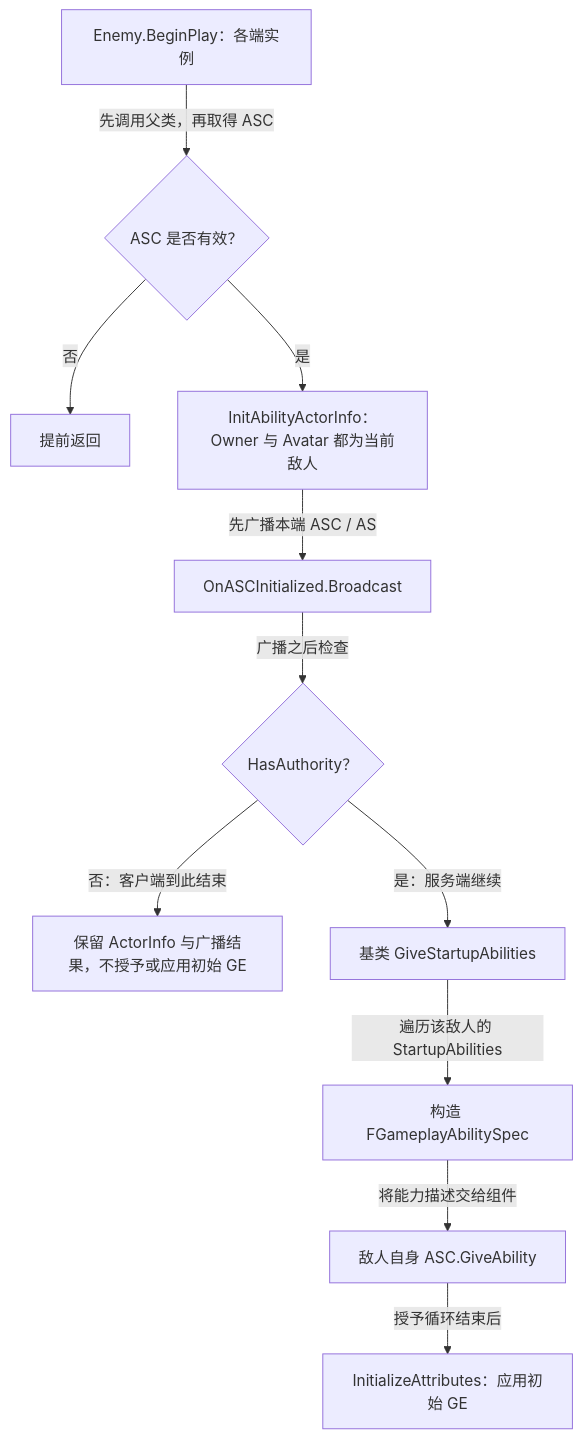
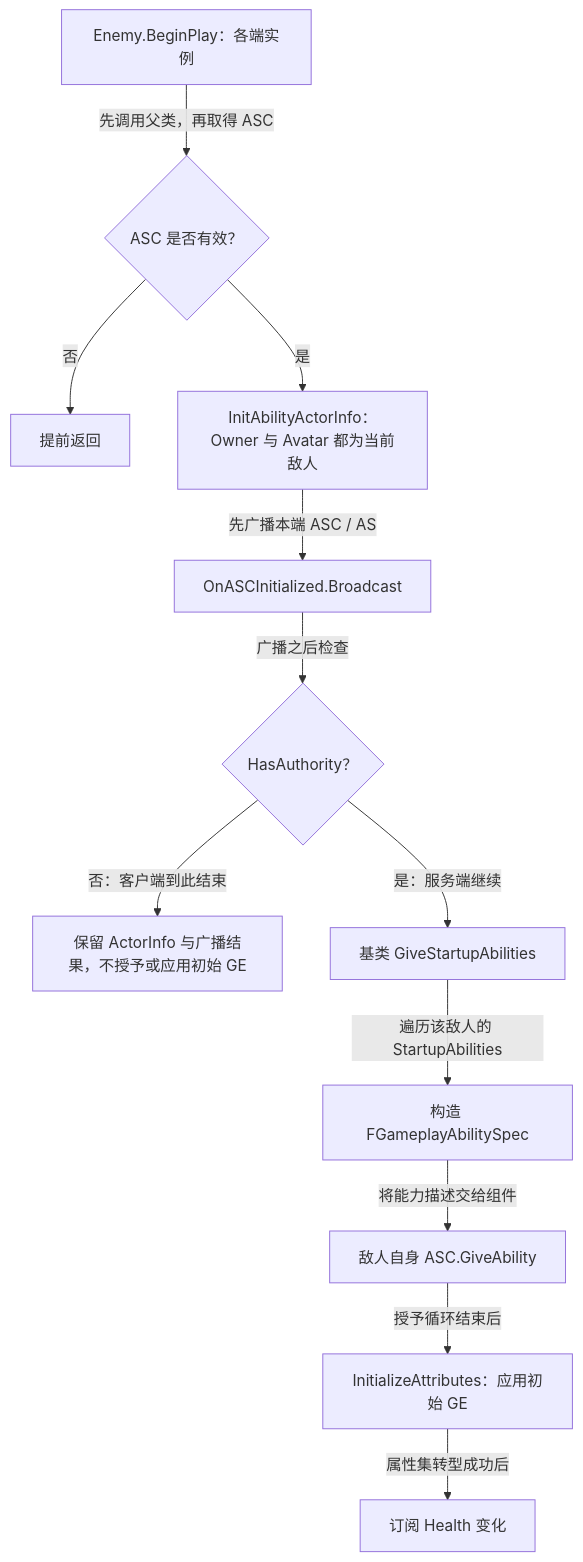
Before and after one commit to xue1ong/GAS_StudyNotes: the diagram in Characters/EnemyCharacter.md, drawn with Mermaid. The commit also changed other lines of this file and 11 other files, not shown here.

````diff
--- a/Characters/EnemyCharacter.md
+++ b/Characters/EnemyCharacter.md
@@ -59,13 +59,14 @@
 ```mermaid
 flowchart TD
     begin["Enemy.BeginPlay：各端实例"] -->|"先调用父类，再取得 ASC"| valid{"ASC 是否有效？"}
     valid -->|"否"| earlyReturn["提前返回"]
     valid -->|"是"| init["InitAbilityActorInfo：Owner 与 Avatar 都为当前敌人"]
     init -->|"先广播本端 ASC / AS"| signal["OnASCInitialized.Broadcast"]
     signal -->|"广播之后检查"| authority{"HasAuthority？"}
     authority -->|"否：客户端到此结束"| clientDone["保留 ActorInfo 与广播结果，不授予或应用初始 GE"]
     authority -->|"是：服务端继续"| startup["基类 GiveStartupAbilities"]
     startup -->|"遍历该敌人的 StartupAbilities"| spec["构造 FGameplayAbilitySpec"]
     spec -->|"将能力描述交给组件"| grant["敌人自身 ASC.GiveAbility"]
     grant -->|"授予循环结束后"| values["InitializeAttributes：应用初始 GE"]
+    values -->|"属性集转型成功后"| healthServer["订阅 Health 变化"]
 ```
````
